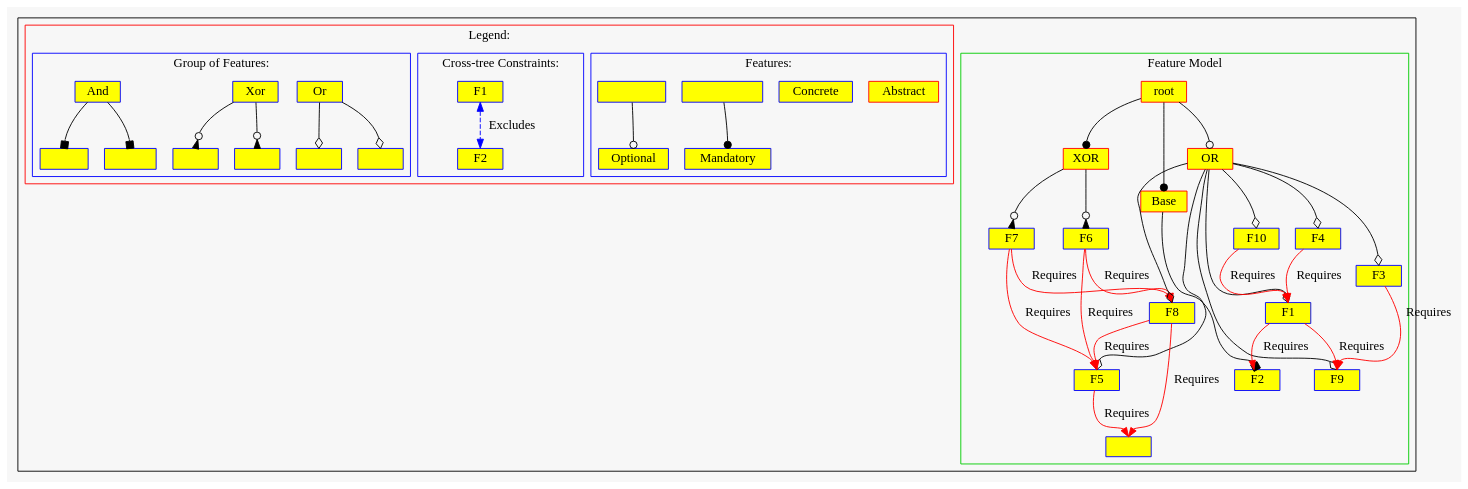
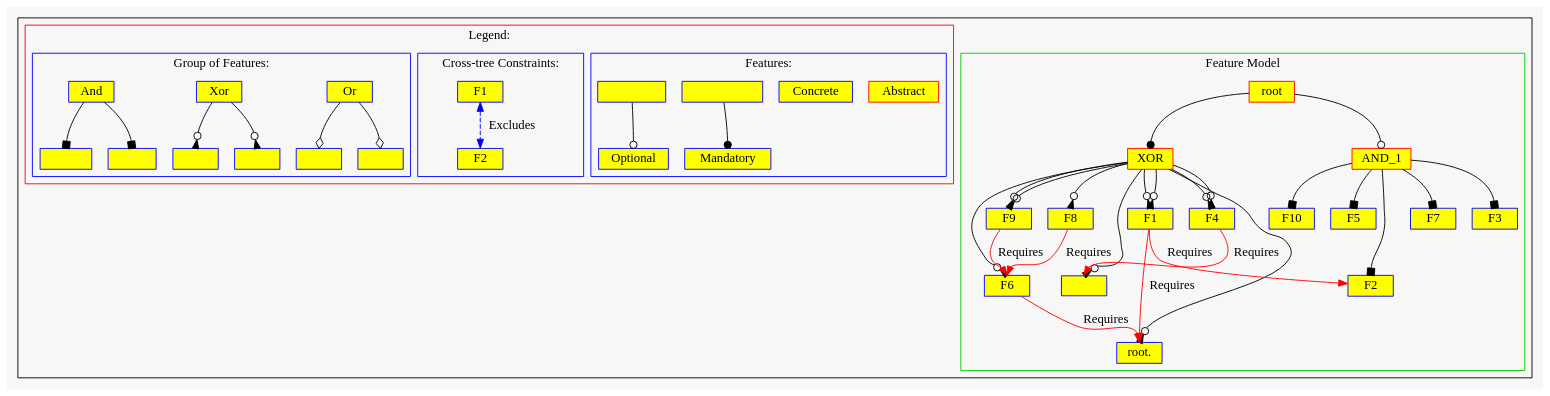
One commit to jagalindo/puzzle-testing changed the diagram in refm-competition-ws/fr.inria.diverse.refm.competition.almsiedeen/FM dot/FM.dot. Above: the diagram before and after it, drawn with Graphviz. The commit also changed 72 other files, not shown here.

```diff
--- a/refm-competition-ws/fr.inria.diverse.refm.competition.almsiedeen/FM dot/FM.dot
+++ b/refm-competition-ws/fr.inria.diverse.refm.competition.almsiedeen/FM dot/FM.dot
@@ -1,66 +1,68 @@
 digraph G  { 
 graph [bgcolor=gray97];
 subgraph cluster_1{
 node [shape=box, width=0.7, height=0.3,style=filled, color=blue, fillcolor=yellow1];
 subgraph cluster_2{
 node [shape=box, width=0.7, height=0.3,style=filled, color=red, fillcolor=yellow1];
 "root";
+node [shape=box, width=0.7, height=0.3,style=filled, color=blue, fillcolor=yellow1];
 node [shape=box, width=0.7, height=0.3,style=filled, color=red, fillcolor=yellow1];
-"root"->"Base":n[arrowhead="dot"];node [shape=box, width=0.7, height=0.3,style=filled, color=blue, fillcolor=yellow1];
-"Base"->"F2":n[arrowhead="box"];node [shape=box, width=0.7, height=0.3,style=filled, color=blue, fillcolor=yellow1];
+"root"->"AND_1":n[arrowhead="odot"];
+node [shape=box, width=0.7, height=0.3,style=filled, color=blue, fillcolor=yellow1];
+"AND_1"->"F10":n[arrowhead="box"];
+node [shape=box, width=0.7, height=0.3,style=filled, color=blue, fillcolor=yellow1];
+"AND_1"->"F5":n[arrowhead="box"];
+node [shape=box, width=0.7, height=0.3,style=filled, color=blue, fillcolor=yellow1];
+"AND_1"->"F7":n[arrowhead="box"];
+node [shape=box, width=0.7, height=0.3,style=filled, color=blue, fillcolor=yellow1];
+"AND_1"->"F3":n[arrowhead="box"];
+node [shape=box, width=0.7, height=0.3,style=filled, color=blue, fillcolor=yellow1];
+"AND_1"->"F2":n[arrowhead="box"];
 node [shape=box, width=0.7, height=0.3,style=filled, color=red, fillcolor=yellow1];
 "root"->"XOR":n[arrowhead="dot"];
 node [shape=box, width=0.7, height=0.3,style=filled, color=blue, fillcolor=yellow1];
+"XOR"->"F4":n[arrowhead="invodot"];
+"XOR"->"F9":n[arrowhead="invodot"];
+"XOR"->"F1":n[arrowhead="invodot"];
+"XOR"->"F4":n[arrowhead="invodot"];
+"XOR"->"":n[arrowhead="invodot"];
+"XOR"->"F1":n[arrowhead="invodot"];
+"XOR"->"root.":n[arrowhead="invodot"];
 "XOR"->"F6":n[arrowhead="invodot"];
-"XOR"->"F7":n[arrowhead="invodot"];
-node [shape=box, width=0.7, height=0.3,style=filled, color=red, fillcolor=yellow1];
-"root"->"OR":n[arrowhead="odot"];
-node [shape=box, width=0.7, height=0.3,style=filled, color=blue, fillcolor=yellow1];
-"OR"->"F5":n[arrowhead="odiamond"];
-"OR"->"F3":n[arrowhead="odiamond"];
-"OR"->"F9":n[arrowhead="odiamond"];
-"OR"->"F1":n[arrowhead="odiamond"];
-"OR"->"F4":n[arrowhead="odiamond"];
-"OR"->"F8":n[arrowhead="odiamond"];
-"OR"->"F10":n[arrowhead="odiamond"];
-"F3"->"F9":n[color="red",label="Requires"];
-"F1"->"F9":n[color="red",label="Requires"];
-"F10"->"F1":n[color="red",label="Requires"];
-"F4"->"F1":n[color="red",label="Requires"];
-"F5"->"":n[color="red",label="Requires"];
-"F8"->"F5":n[color="red",label="Requires"];
-"F8"->"":n[color="red",label="Requires"];
-"F6"->"F5":n[color="red",label="Requires"];
-"F6"->"F8":n[color="red",label="Requires"];
-"F7"->"F5":n[color="red",label="Requires"];
-"F7"->"F8":n[color="red",label="Requires"];
+"XOR"->"F8":n[arrowhead="invodot"];
+"XOR"->"F9":n[arrowhead="invodot"];
+"F1"->"root.":n[color="red",label="Requires"];
+"F6"->"root.":n[color="red",label="Requires"];
+"F8"->"F6":n[color="red",label="Requires"];
+"F9"->"F6":n[color="red",label="Requires"];
+"F4"->"":n[color="red",label="Requires"];
 	label = "Feature Model";
 	color=green3;	}
 subgraph cluster_3{
 
 	subgraph cluster_4{
 	"Abstract":n[fillcolor="yellow1", color="red"];
 	"Concrete":n[fillcolor="yellow1", color="blue"];
 	"                "->"Mandatory":n[arrowhead="dot"];
 	"             "->"Optional":n[arrowhead="odot"];
 	label = "Features:";
 	color=blue;
 	}
 	subgraph cluster_5{
 	edge [dir=none]"F1 "->"F2 "[style="dashed", color="blue",label=" Excludes", dir="both"];
 	 edge [dir=forward]"F1"->"F2"[color="red",label=" Requires"];
 	label = "Cross-tree Constraints:";	color=blue;	}	subgraph cluster_6{
 	"Or" ->"   ":n[arrowhead="odiamond"];
 	"Or" ->"     ":n[arrowhead="odiamond"];
 	"Xor"->"      ":n[arrowhead="invodot"];
 	"Xor"->"       ":n[arrowhead="invodot"];
 	"And"->"        ":n[arrowhead="box"];
 	"And"->"         ":n[arrowhead="box"];
 	label = "Group of Features:";
 	color=blue;
 	}
 	label = "Legend:";
 	color=red
 }
 }
 }
```
